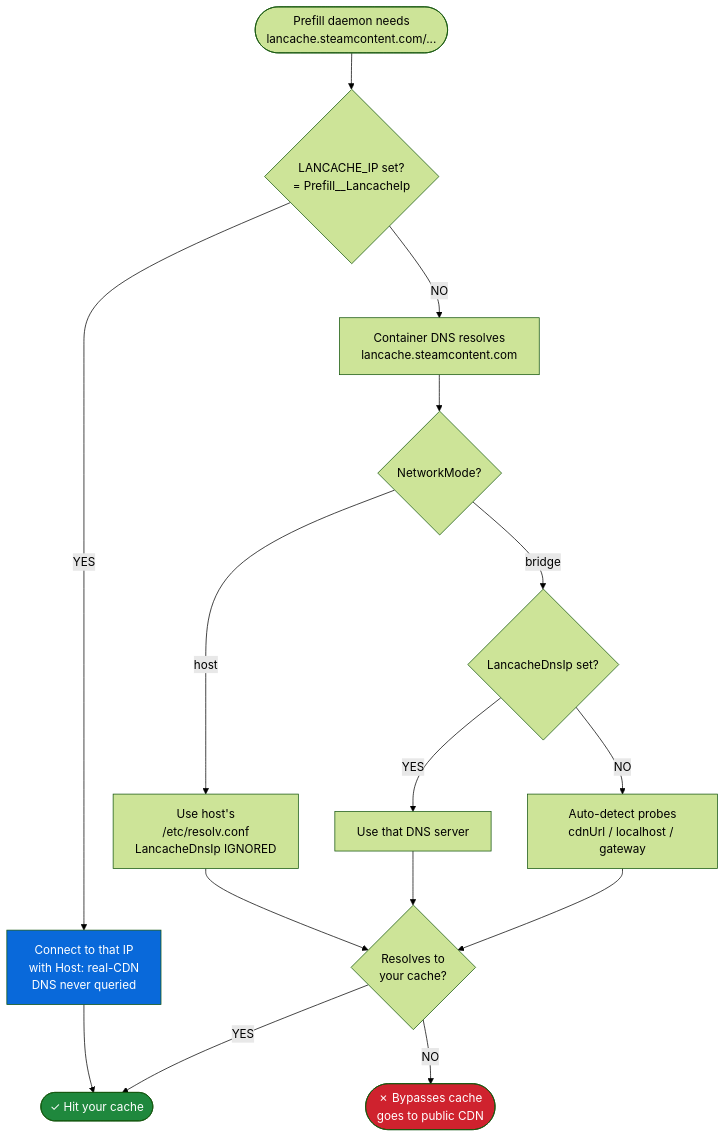
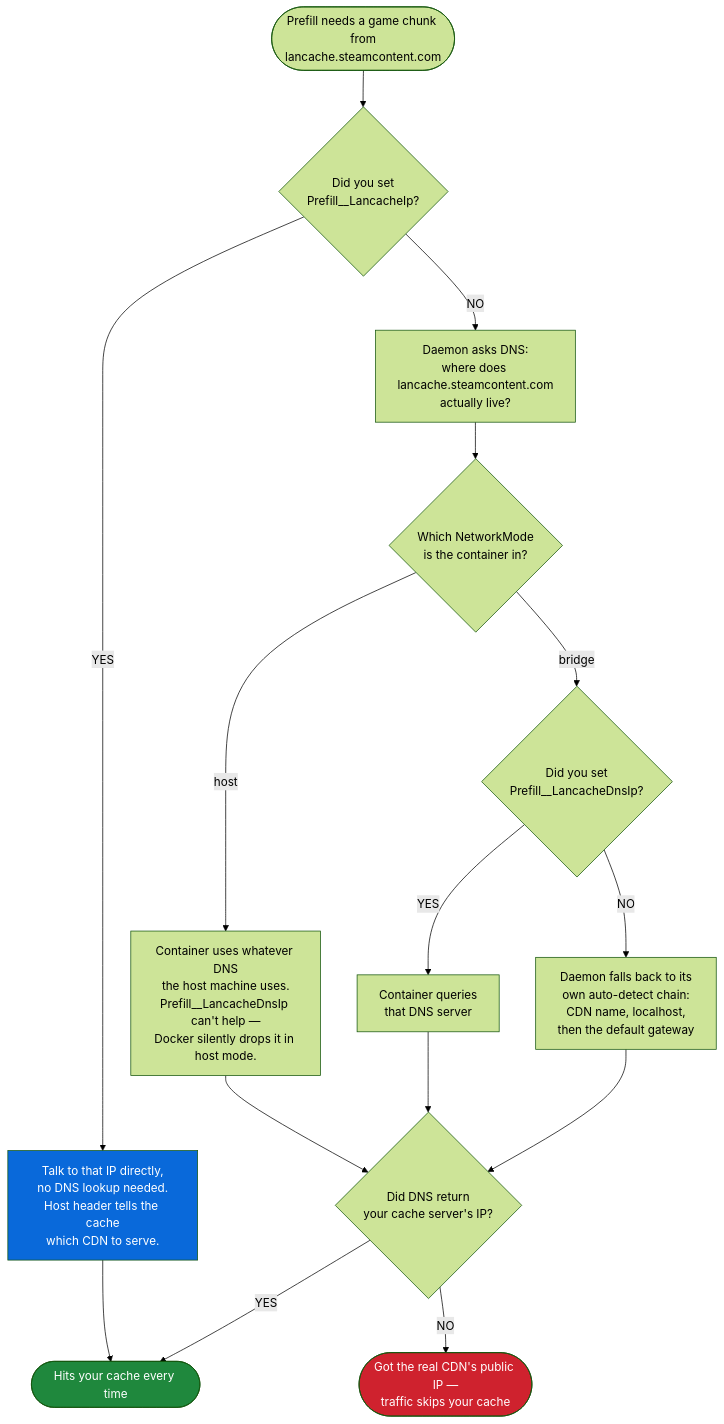
The diagram in README.MD (regix1/lancache-manager), drawn with Mermaid (forest theme) before and after one commit. The commit also changed other lines of this file, not shown here.

````diff
--- a/README.MD
+++ b/README.MD
@@ -519,30 +522,30 @@
 ```mermaid
 flowchart TD
-    Start([Prefill daemon needs<br/>lancache.steamcontent.com/...])
-    LIP{LANCACHE_IP set?<br/>= Prefill__LancacheIp}
+    Start([Prefill needs a game chunk from<br/>lancache.steamcontent.com])
+    LIP{Did you set<br/>Prefill__LancacheIp?}
 
     Start --> LIP
 
-    LIP -->|YES| Direct[Connect to that IP<br/>with Host: real-CDN<br/>DNS never queried]
-    Direct --> OK([✓ Hit your cache])
+    LIP -->|YES| Direct[Talk to that IP directly,<br/>no DNS lookup needed.<br/>Host header tells the cache<br/>which CDN to serve.]
+    Direct --> OK([Hits your cache every time])
 
-    LIP -->|NO| DNS[Container DNS resolves<br/>lancache.steamcontent.com]
-    DNS --> Mode{NetworkMode?}
+    LIP -->|NO| DNS[Daemon asks DNS:<br/>where does lancache.steamcontent.com<br/>actually live?]
+    DNS --> Mode{Which NetworkMode<br/>is the container in?}
 
-    Mode -->|host| HostDNS[Use host's<br/>/etc/resolv.conf<br/>LancacheDnsIp IGNORED]
-    Mode -->|bridge| BridgeDNS{LancacheDnsIp set?}
+    Mode -->|host| HostDNS[Container uses whatever DNS<br/>the host machine uses.<br/>Prefill__LancacheDnsIp can't help —<br/>Docker silently drops it in host mode.]
+    Mode -->|bridge| BridgeDNS{Did you set<br/>Prefill__LancacheDnsIp?}
 
-    BridgeDNS -->|YES| ForcedDNS[Use that DNS server]
-    BridgeDNS -->|NO| AutoDetect[Auto-detect probes<br/>cdnUrl / localhost / gateway]
+    BridgeDNS -->|YES| ForcedDNS[Container queries<br/>that DNS server]
+    BridgeDNS -->|NO| AutoDetect[Daemon falls back to its<br/>own auto-detect chain:<br/>CDN name, localhost,<br/>then the default gateway]
 
-    HostDNS --> Outcome{Resolves to<br/>your cache?}
+    HostDNS --> Outcome{Did DNS return<br/>your cache server's IP?}
     ForcedDNS --> Outcome
     AutoDetect --> Outcome
 
     Outcome -->|YES| OK
-    Outcome -->|NO| Public([✗ Bypasses cache<br/>goes to public CDN])
+    Outcome -->|NO| Public([Got the real CDN's public IP —<br/>traffic skips your cache])
 
     style OK fill:#1f883d,color:#fff
     style Public fill:#cf222e,color:#fff
     style Direct fill:#0969da,color:#fff
 ```
````
